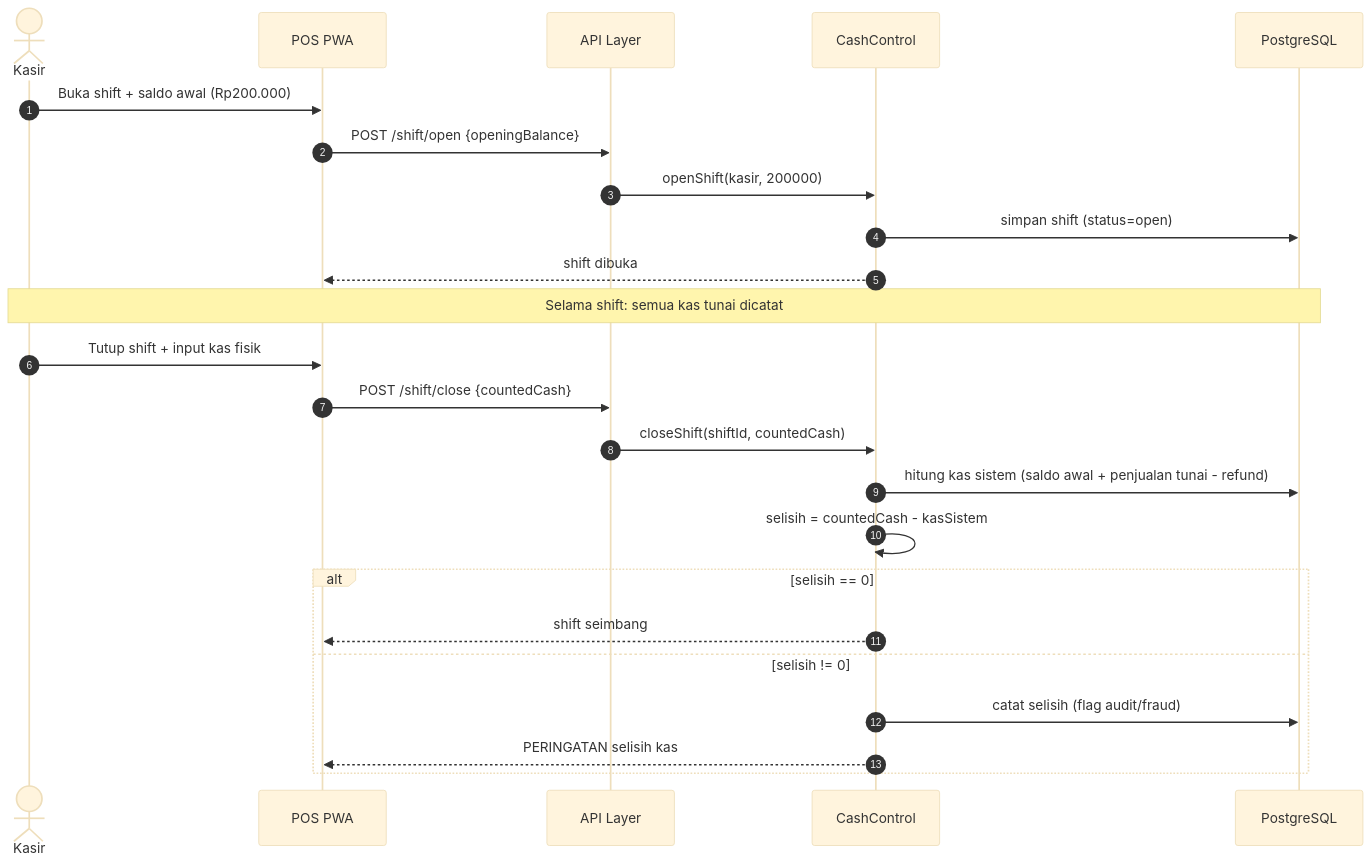
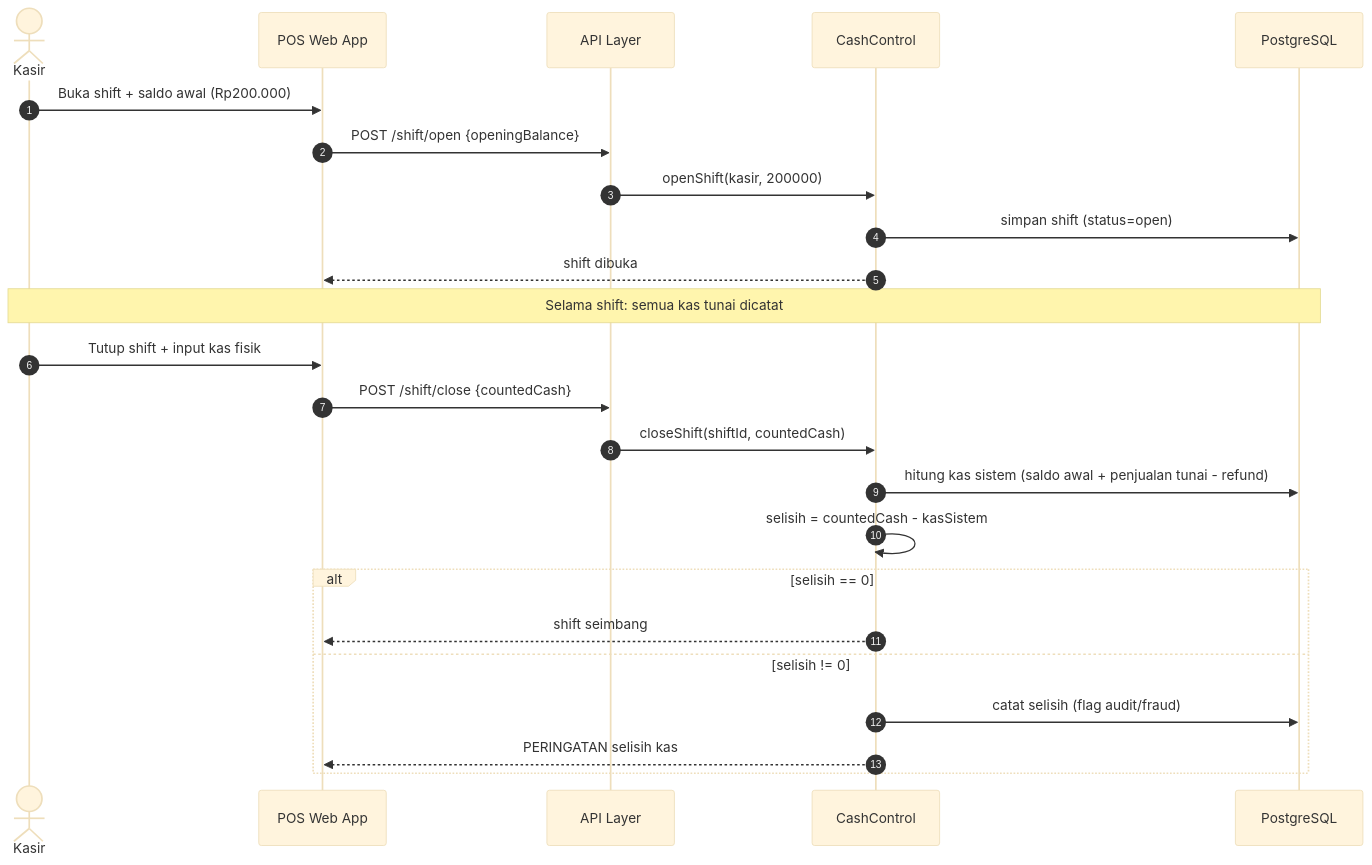
Before and after one commit to whaone/POS2026: the seventh of 31 diagrams in Sequence_Diagram.md, drawn with Mermaid (base theme). The commit also changed other lines of this file and 3 other files, not shown here.

````diff
--- a/Sequence_Diagram.md
+++ b/Sequence_Diagram.md
@@ -265,29 +324,29 @@
 ```mermaid
 sequenceDiagram
     autonumber
     actor Kasir
-    participant PWA as POS PWA
+    participant POS as POS Web App
     participant API as API Layer
     participant CSH as CashControl
     participant DB as PostgreSQL
  
-    Kasir->>PWA: Buka shift + saldo awal (Rp200.000)
-    PWA->>API: POST /shift/open {openingBalance}
+    Kasir->>POS: Buka shift + saldo awal (Rp200.000)
+    POS->>API: POST /shift/open {openingBalance}
     API->>CSH: openShift(kasir, 200000)
     CSH->>DB: simpan shift (status=open)
-    CSH-->>PWA: shift dibuka
+    CSH-->>POS: shift dibuka
  
     Note over Kasir,DB: Selama shift: semua kas tunai dicatat
  
-    Kasir->>PWA: Tutup shift + input kas fisik
-    PWA->>API: POST /shift/close {countedCash}
+    Kasir->>POS: Tutup shift + input kas fisik
+    POS->>API: POST /shift/close {countedCash}
     API->>CSH: closeShift(shiftId, countedCash)
     CSH->>DB: hitung kas sistem (saldo awal + penjualan tunai - refund)
     CSH->>CSH: selisih = countedCash - kasSistem
     alt selisih == 0
-        CSH-->>PWA: shift seimbang
+        CSH-->>POS: shift seimbang
     else selisih != 0
         CSH->>DB: catat selisih (flag audit/fraud)
-        CSH-->>PWA: PERINGATAN selisih kas
+        CSH-->>POS: PERINGATAN selisih kas
     end
 ```
````
